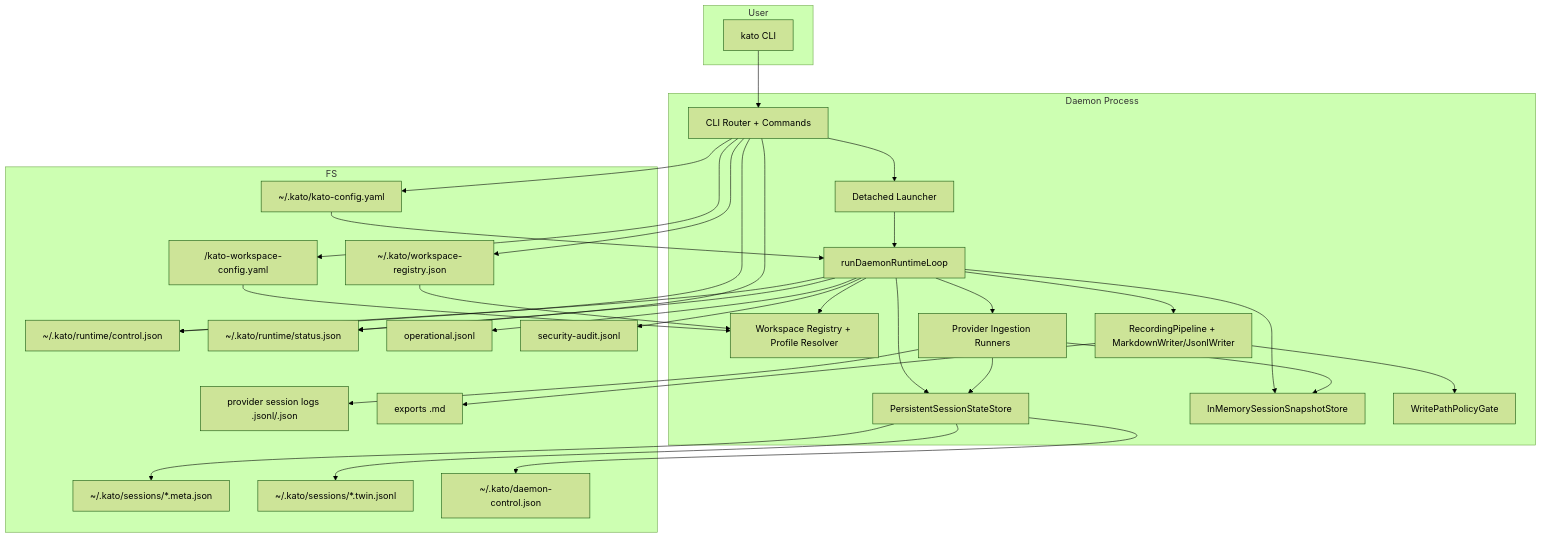
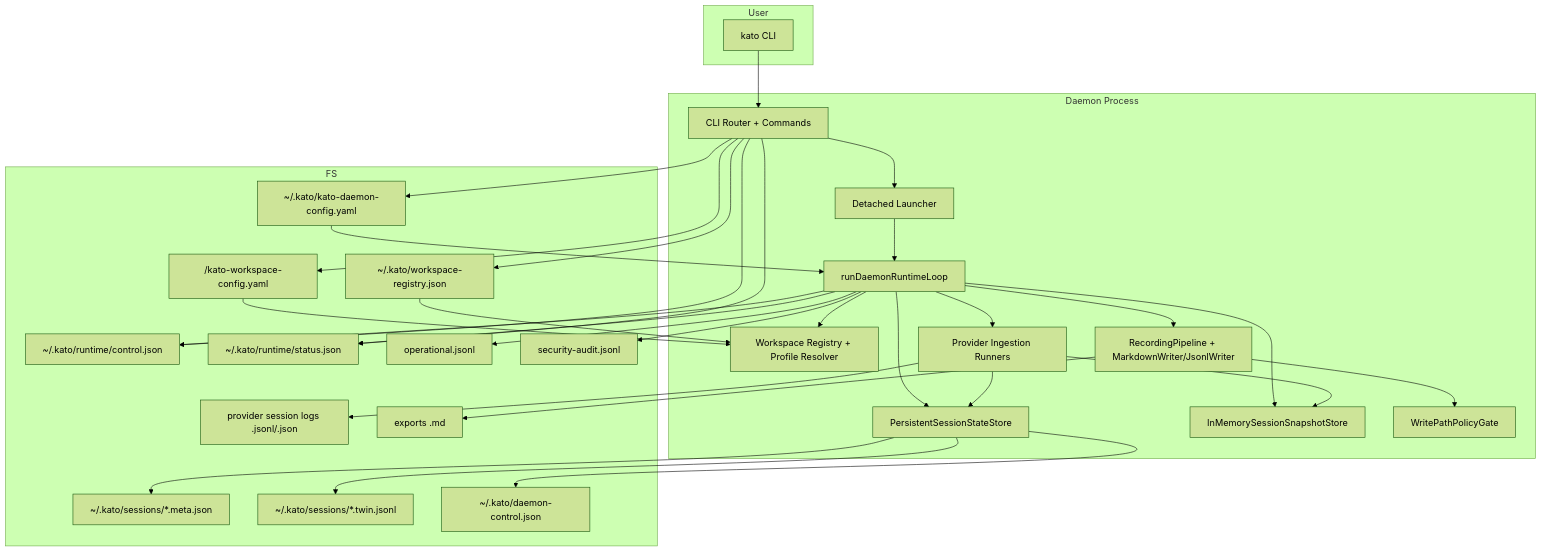
One commit to spectacular-voyage/kato changed the diagram in dev-docs/notes/dev.codebase-overview.md. Above: the diagram before and after it, drawn with Mermaid (forest theme). The commit also changed other lines of this file and 13 other files, not shown here.

Commit message:
refactor: rename configuration files from kato-config.yaml to kato-daemon-config.yaml

````diff
--- a/dev-docs/notes/dev.codebase-overview.md
+++ b/dev-docs/notes/dev.codebase-overview.md
@@ -62,66 +62,66 @@
 ```mermaid
 graph TD
   subgraph User
     CLI[kato CLI]
   end
 
   subgraph FS
-    CONFIG[~/.kato/kato-config.yaml]
+    CONFIG[~/.kato/kato-daemon-config.yaml]
     WREG[~/.kato/workspace-registry.json]
     WCFG[<workspace>/kato-workspace-config.yaml]
     CONTROL[~/.kato/runtime/control.json]
     STATUS[~/.kato/runtime/status.json]
     SESSIONMETA[~/.kato/sessions/*.meta.json]
     SESSIONTWIN[~/.kato/sessions/*.twin.jsonl]
     DCTRL[~/.kato/daemon-control.json]
     LOGS[provider session logs .jsonl/.json]
     OUTPUT[exports .md]
     OPLOG[operational.jsonl]
     AUDIT[security-audit.jsonl]
   end
 
   subgraph Daemon Process
     ROUTER[CLI Router + Commands]
     LAUNCHER[Detached Launcher]
     RUNTIME[runDaemonRuntimeLoop]
     WORKSPACE[Workspace Registry + Profile Resolver]
     INGEST[Provider Ingestion Runners]
     PERSIST[PersistentSessionStateStore]
     SNAPSHOT[InMemorySessionSnapshotStore]
     WRITER[RecordingPipeline + MarkdownWriter/JsonlWriter]
     POLICY[WritePathPolicyGate]
   end
 
   CLI --> ROUTER
   ROUTER --> CONFIG
   ROUTER --> WREG
   ROUTER --> WCFG
   ROUTER --> LAUNCHER
   ROUTER --> CONTROL
   ROUTER --> STATUS
 
   LAUNCHER --> RUNTIME
   CONFIG --> RUNTIME
   WREG --> WORKSPACE
   WCFG --> WORKSPACE
 
   RUNTIME --> WORKSPACE
   RUNTIME --> INGEST
   INGEST --> LOGS
   INGEST --> PERSIST
   INGEST --> SNAPSHOT
 
   RUNTIME --> SNAPSHOT
   RUNTIME --> PERSIST
   RUNTIME --> CONTROL
   RUNTIME --> STATUS
   RUNTIME --> WRITER
   PERSIST --> SESSIONMETA
   PERSIST --> SESSIONTWIN
   PERSIST --> DCTRL
   WRITER --> POLICY
   WRITER --> OUTPUT
 
   RUNTIME --> OPLOG
   RUNTIME --> AUDIT
 ```
````
